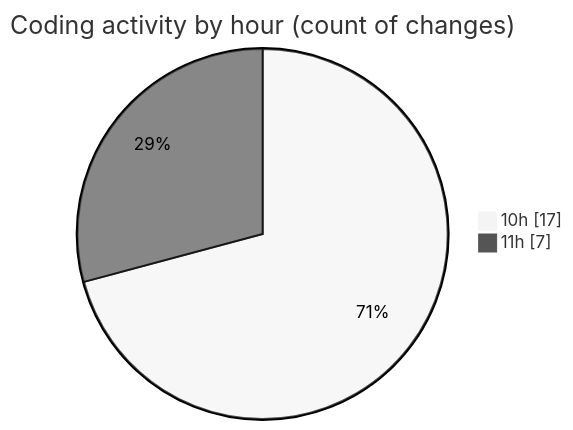
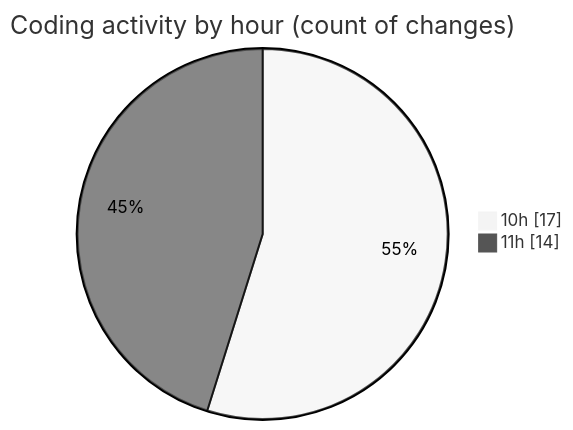
Before and after one commit to momahboobian/code-tracking: the second of 2 diagrams in 2025-10-06/cda/README.md, drawn with Mermaid (neutral theme). The commit also changed other lines of this file and 1 other file, not shown here.

````diff
--- a/2025-10-06/cda/README.md
+++ b/2025-10-06/cda/README.md
@@ -32,6 +32,6 @@
 ```mermaid
 pie showData
 title Coding activity by hour (count of changes)
 "10h" : 17
-"11h" : 7
+"11h" : 14
 ```
````
